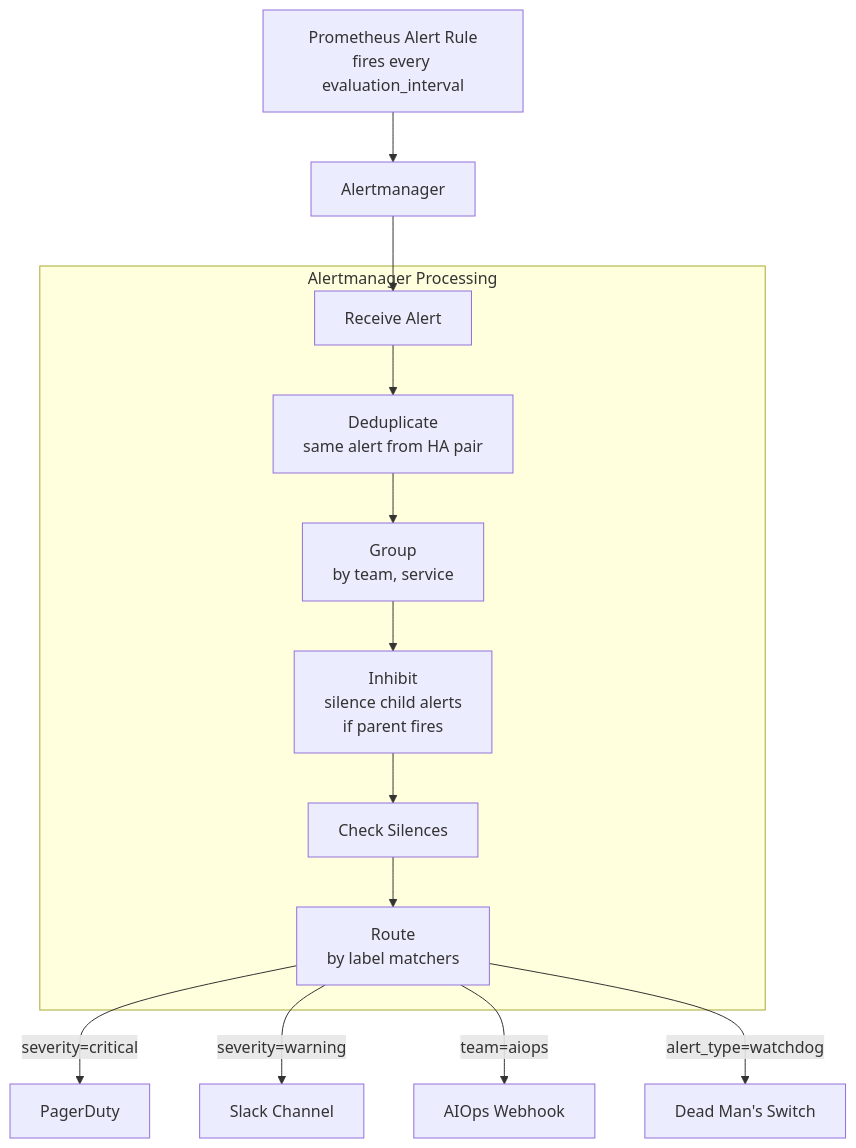
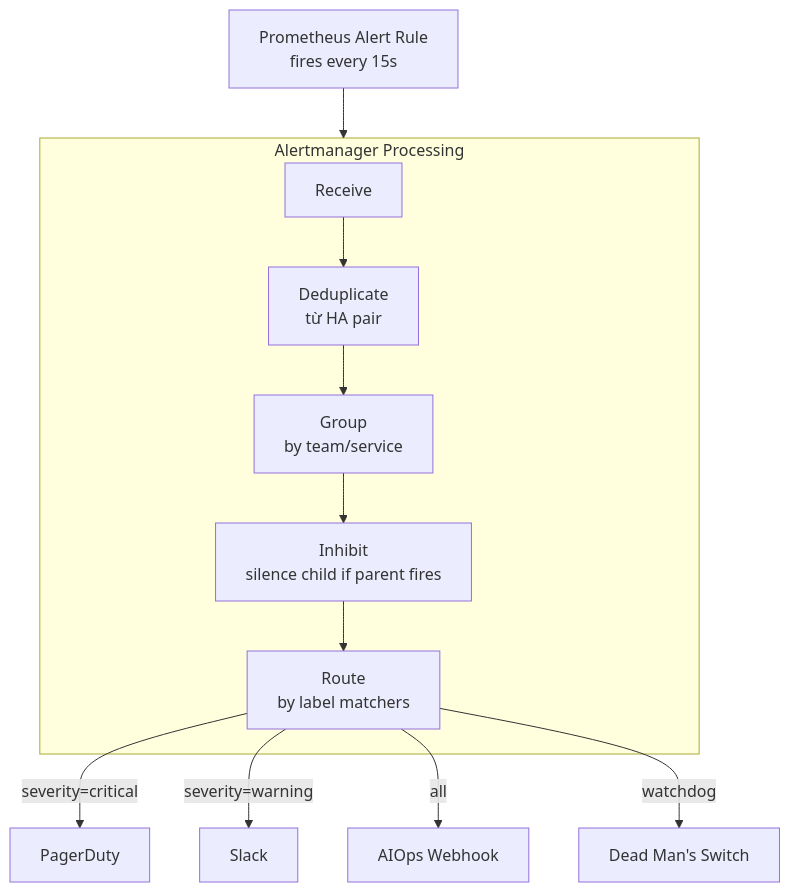
The third of 5 diagrams in docs/vi/03-prometheus/README.vi.md (XUanhoa04/aiops-engineering-handbook), drawn with Mermaid before and after one commit. The commit also changed other lines of this file and 3 other files, not shown here.

````diff
--- a/docs/vi/03-prometheus/README.vi.md
+++ b/docs/vi/03-prometheus/README.vi.md
@@ -652,20 +500,16 @@
 ```mermaid
 graph TD
-    PROM[Prometheus Alert Rule\nfires every evaluation_interval] --> AM[Alertmanager]
+    PROM[Prometheus Alert Rule\nfires every 15s] --> AM[Alertmanager]
     
-    subgraph Alertmanager["Alertmanager Processing"]
-        RECV[Receive Alert]
-        DEDUP[Deduplicate\nsame alert from HA pair]
-        GROUP[Group\nby team, service]
-        INHIB[Inhibit\nsilence child alerts\nif parent fires]
-        SILENCE[Check Silences]
-        ROUTE[Route\nby label matchers]
+    subgraph AM["Alertmanager Processing"]
+        RECV[Receive] --> DEDUP[Deduplicate\n từ HA pair]
+        DEDUP --> GROUP[Group\nby team/service]
+        GROUP --> INHIB[Inhibit\nsilence child if parent fires]
+        INHIB --> ROUTE[Route\nby label matchers]
     end
     
-    AM --> RECV --> DEDUP --> GROUP --> INHIB --> SILENCE --> ROUTE
-    
     ROUTE -->|severity=critical| PD[PagerDuty]
-    ROUTE -->|severity=warning| SLACK[Slack Channel]
-    ROUTE -->|team=aiops| AIOPS[AIOps Webhook]
-    ROUTE -->|alert_type=watchdog| WD[Dead Man's Switch]
+    ROUTE -->|severity=warning| SLACK[Slack]
+    ROUTE -->|all| AIOPS[AIOps Webhook]
+    ROUTE -->|watchdog| WD[Dead Man's Switch]
 ```
````
